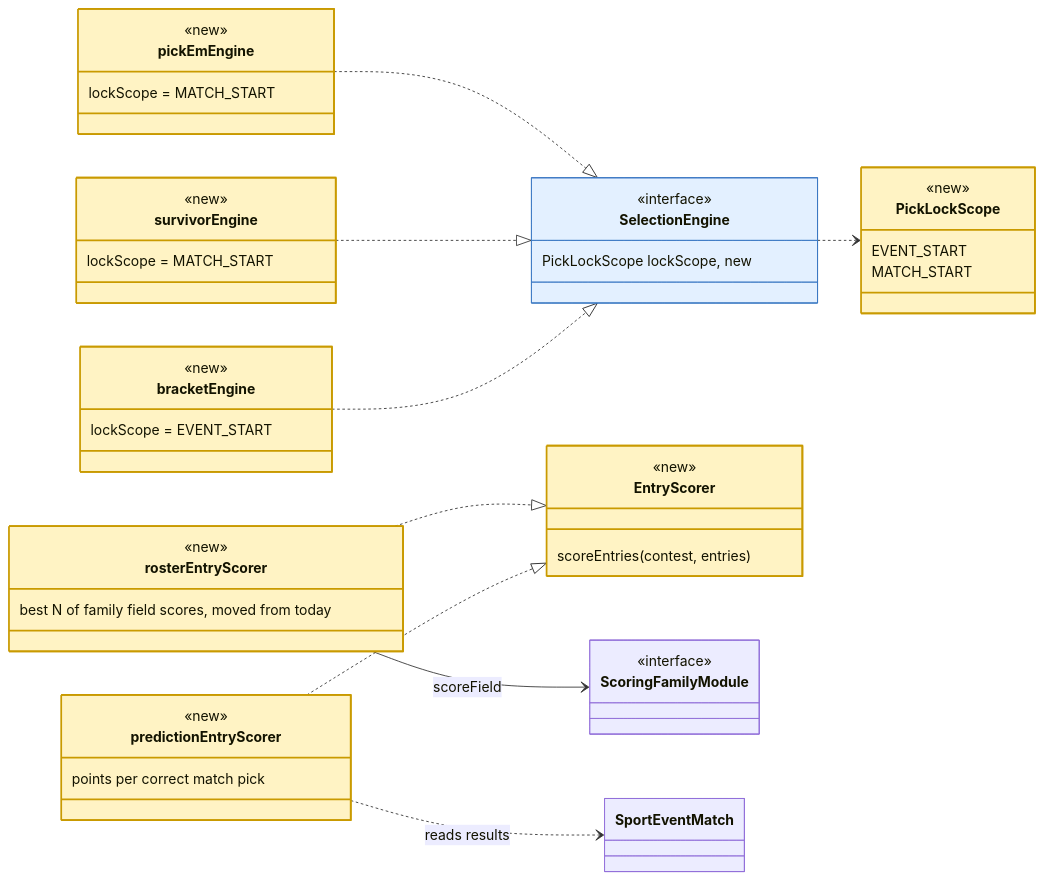
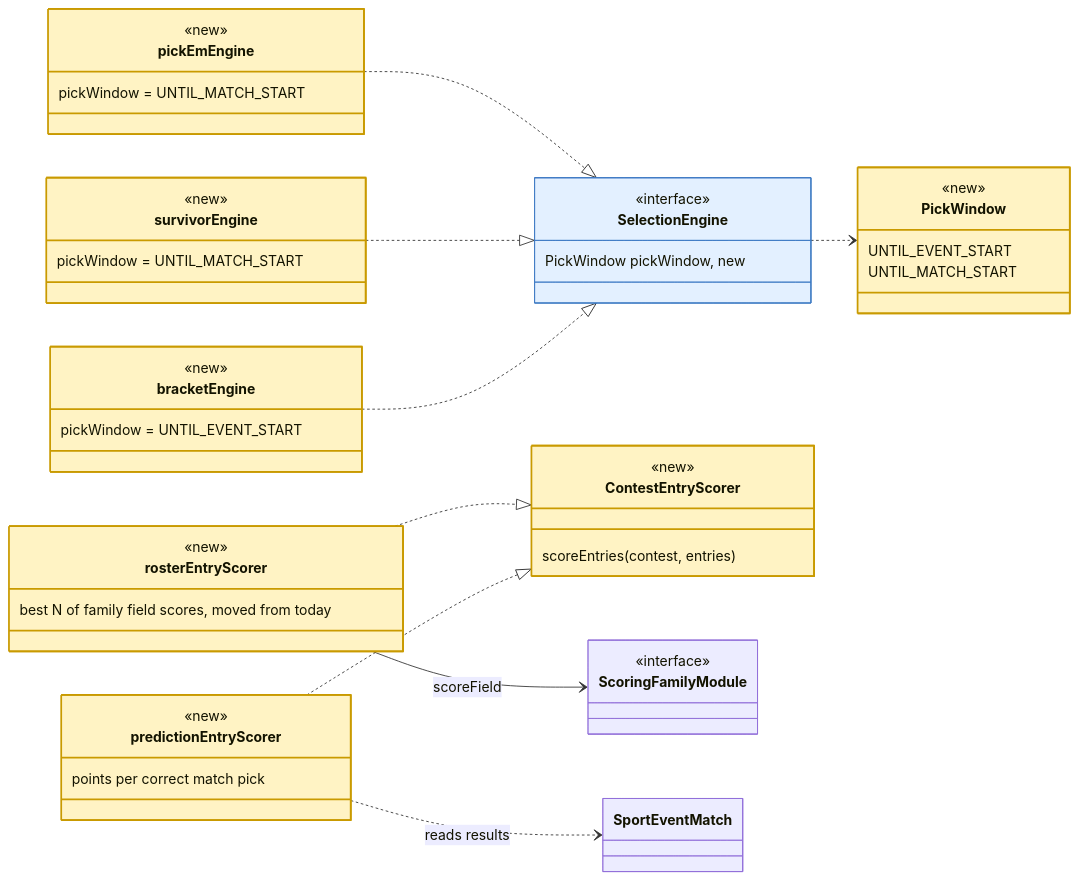
The sixth of 6 diagrams in plans/knockout-and-pickem-design.md (derek-dorazio/pool-master), drawn with Mermaid before and after one commit. The commit also changed other lines of this file, not shown here.

First line of the commit message:
Design: names for the new knockout and pick'em objects (#599, #607)

````diff
--- a/plans/knockout-and-pickem-design.md
+++ b/plans/knockout-and-pickem-design.md
@@ -906,58 +993,58 @@
 ```mermaid
 classDiagram
   direction LR
   class SelectionEngine {
     <<interface>>
-    PickLockScope lockScope, new
+    PickWindow pickWindow, new
   }
-  class PickLockScope {
+  class PickWindow {
     <<new>>
-    EVENT_START
-    MATCH_START
+    UNTIL_EVENT_START
+    UNTIL_MATCH_START
   }
-  class EntryScorer {
+  class ContestEntryScorer {
     <<new>>
     scoreEntries(contest, entries)
   }
   class rosterEntryScorer {
     <<new>>
     best N of family field scores, moved from today
   }
   class predictionEntryScorer {
     <<new>>
     points per correct match pick
   }
   class ScoringFamilyModule {
     <<interface>>
   }
   class pickEmEngine {
     <<new>>
-    lockScope = MATCH_START
+    pickWindow = UNTIL_MATCH_START
   }
   class survivorEngine {
     <<new>>
-    lockScope = MATCH_START
+    pickWindow = UNTIL_MATCH_START
   }
   class bracketEngine {
     <<new>>
-    lockScope = EVENT_START
+    pickWindow = UNTIL_EVENT_START
   }
 
   pickEmEngine ..|> SelectionEngine
   survivorEngine ..|> SelectionEngine
   bracketEngine ..|> SelectionEngine
-  SelectionEngine ..> PickLockScope
-  rosterEntryScorer ..|> EntryScorer
-  predictionEntryScorer ..|> EntryScorer
+  SelectionEngine ..> PickWindow
+  rosterEntryScorer ..|> ContestEntryScorer
+  predictionEntryScorer ..|> ContestEntryScorer
   rosterEntryScorer --> ScoringFamilyModule : scoreField
   predictionEntryScorer ..> SportEventMatch : reads results
 
-  style PickLockScope fill:#fff3c4,stroke:#c99a00,stroke-width:2px
-  style EntryScorer fill:#fff3c4,stroke:#c99a00,stroke-width:2px
+  style PickWindow fill:#fff3c4,stroke:#c99a00,stroke-width:2px
+  style ContestEntryScorer fill:#fff3c4,stroke:#c99a00,stroke-width:2px
   style rosterEntryScorer fill:#fff3c4,stroke:#c99a00,stroke-width:2px
   style predictionEntryScorer fill:#fff3c4,stroke:#c99a00,stroke-width:2px
   style pickEmEngine fill:#fff3c4,stroke:#c99a00,stroke-width:2px
   style survivorEngine fill:#fff3c4,stroke:#c99a00,stroke-width:2px
   style bracketEngine fill:#fff3c4,stroke:#c99a00,stroke-width:2px
   style SelectionEngine fill:#e3f0ff,stroke:#3b78c4
 ```
````
